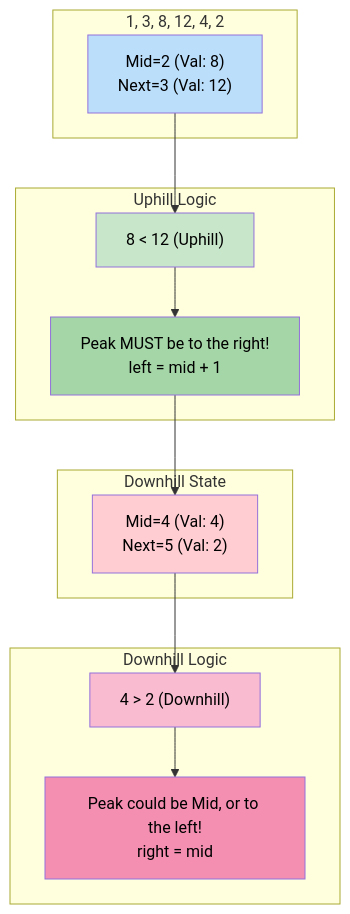
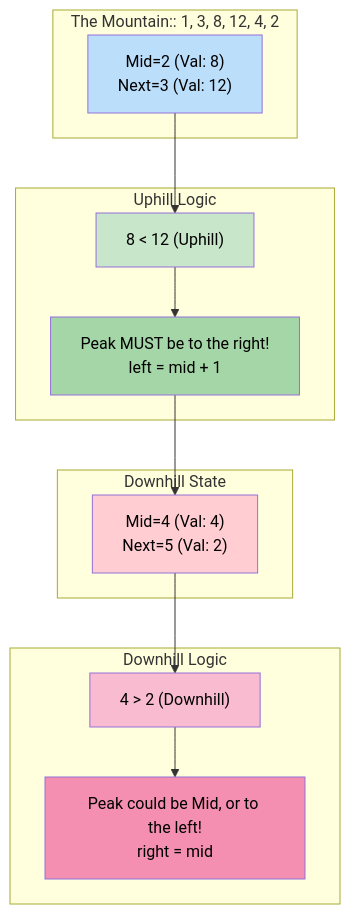
Before and after one commit to vadde/DSA: the diagram in 17 - Modified Binary Search/problem_07_bitonic_array_maximum_walkthrough.md, drawn with Mermaid. The commit also changed 245 other files, not shown here.

First line of the commit message:
fix: Forensic fix of all Mermaid rendering issues across entire DSA repo + add pre-commit validation infrastructure

````diff
--- a/17 - Modified Binary Search/problem_07_bitonic_array_maximum_walkthrough.md
+++ b/17 - Modified Binary Search/problem_07_bitonic_array_maximum_walkthrough.md
@@ -63,32 +63,32 @@
 ```mermaid
 flowchart TD
-    subgraph The Mountain: [1, 3, 8, 12, 4, 2]
+    subgraph TheMountain [The Mountain:: 1, 3, 8, 12, 4, 2]
         M1["Mid=2 (Val: 8)\nNext=3 (Val: 12)"]
     end
     
-    subgraph Uphill Logic
+    subgraph UphillLogic [Uphill Logic]
         U1["8 < 12 (Uphill)"]
         U2["Peak MUST be to the right!\nleft = mid + 1"]
     end
     
-    subgraph Downhill State
+    subgraph DownhillState [Downhill State]
         M2["Mid=4 (Val: 4)\nNext=5 (Val: 2)"]
     end
     
-    subgraph Downhill Logic
+    subgraph DownhillLogic [Downhill Logic]
         D1["4 > 2 (Downhill)"]
         D2["Peak could be Mid, or to the left!\nright = mid"]
     end
-    
-    M1 --> U1 --> U2
+
+M1 --> U1 --> U2
     U2 --> M2
-    M2 --> D1 --> D2
+M2 --> D1 --> D2
     
     style M1 fill:#bbdefb,color:#000
     style U1 fill:#c8e6c9,color:#000
     style U2 fill:#a5d6a7,color:#000
     
     style M2 fill:#ffcdd2,color:#000
     style D1 fill:#f8bbd0,color:#000
     style D2 fill:#f48fb1,color:#000
 ```
````
